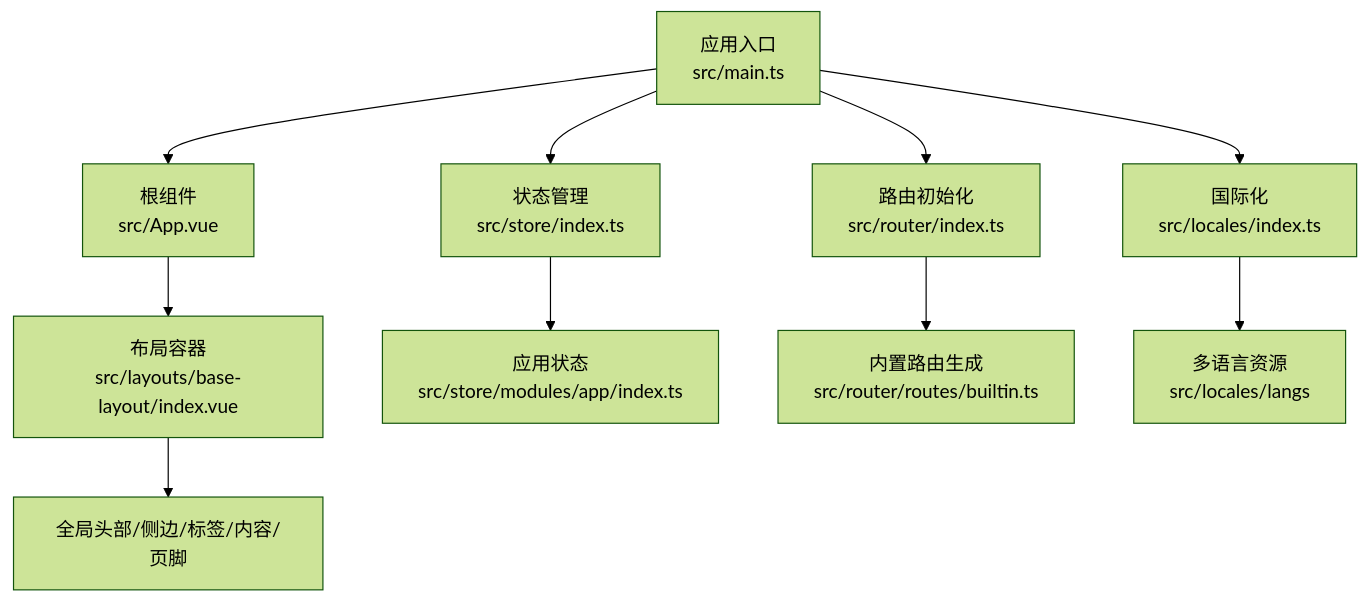
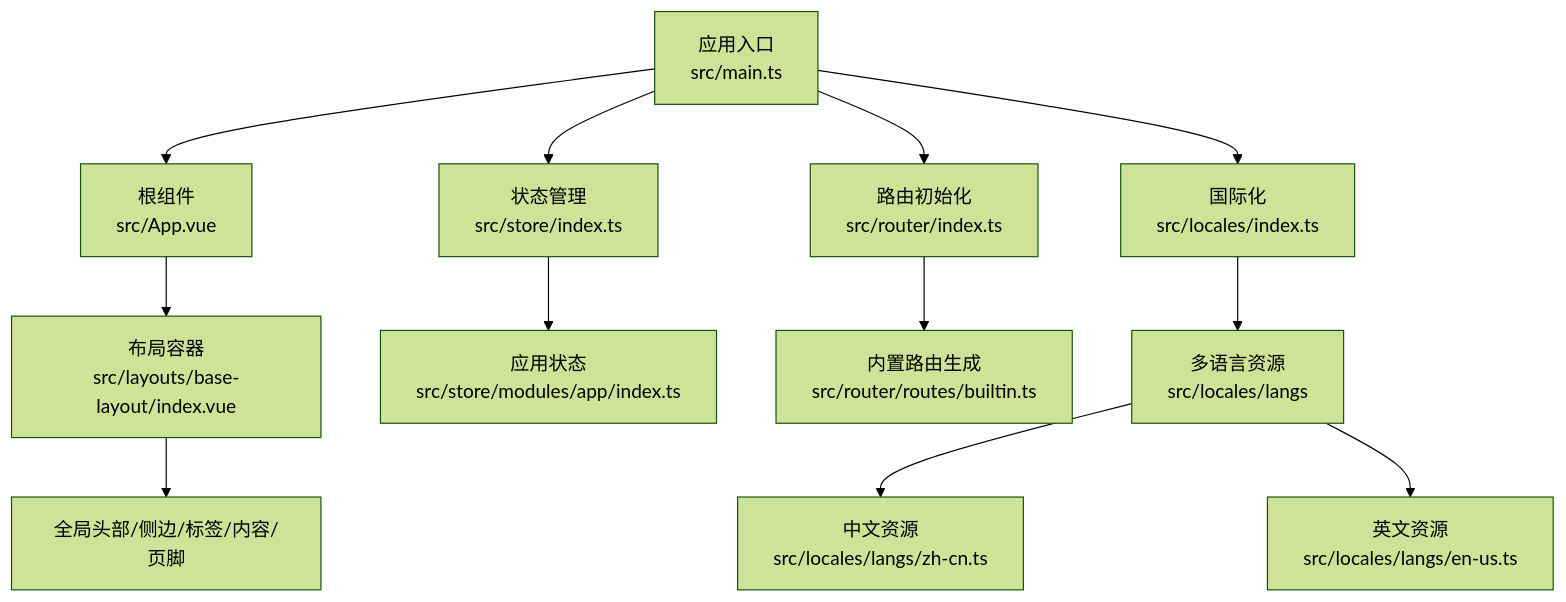
One commit to knifezred/boread changed the first of 11 diagrams in .qoder/repowiki/zh/content/前端开发/前端开发.md. Above: the diagram before and after it, drawn with Mermaid (forest theme). The commit also changed other lines of this file and 16 other files, not shown here.

````diff
--- a/.qoder/repowiki/zh/content/前端开发/前端开发.md
+++ b/.qoder/repowiki/zh/content/前端开发/前端开发.md
@@ -50,12 +69,14 @@
 ```mermaid
 graph TB
 A["应用入口<br/>src/main.ts"] --> B["根组件<br/>src/App.vue"]
 A --> C["状态管理<br/>src/store/index.ts"]
 A --> D["路由初始化<br/>src/router/index.ts"]
 A --> E["国际化<br/>src/locales/index.ts"]
 B --> F["布局容器<br/>src/layouts/base-layout/index.vue"]
 F --> G["全局头部/侧边/标签/内容/页脚"]
 C --> H["应用状态<br/>src/store/modules/app/index.ts"]
 D --> I["内置路由生成<br/>src/router/routes/builtin.ts"]
 E --> J["多语言资源<br/>src/locales/langs"]
+J --> K["中文资源<br/>src/locales/langs/zh-cn.ts"]
+J --> L["英文资源<br/>src/locales/langs/en-us.ts"]
 ```
````
